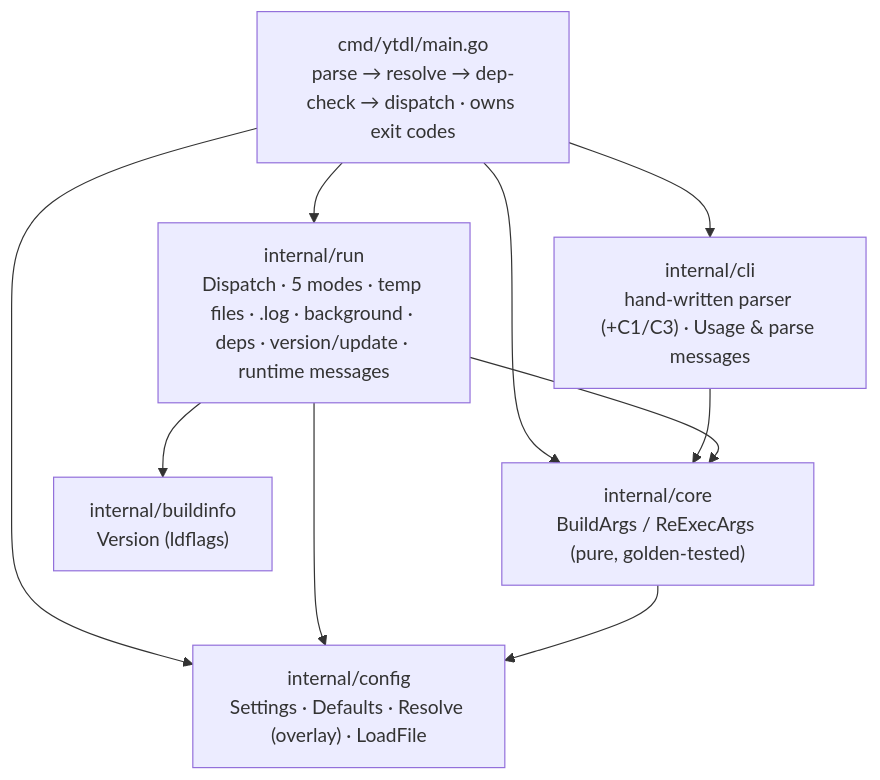
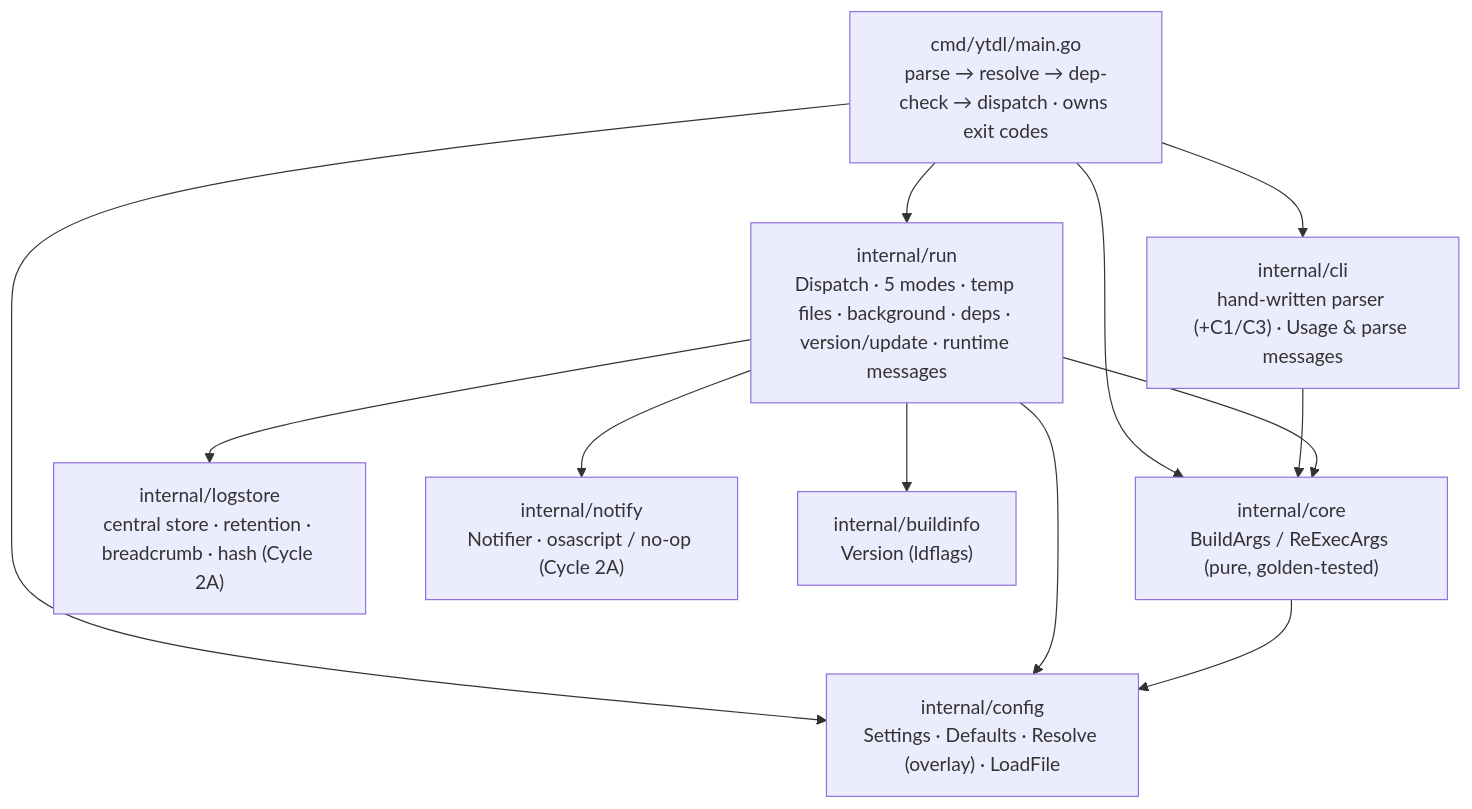
The diagram in docs/go-engine.md (alergyonthestage/ytdl), drawn with Mermaid before and after one commit. The commit also changed other lines of this file and 4 other files, not shown here.

````diff
--- a/docs/go-engine.md
+++ b/docs/go-engine.md
@@ -23,18 +23,22 @@
 ```mermaid
 flowchart TD
     MAIN["cmd/ytdl/main.go<br/>parse → resolve → dep-check → dispatch · owns exit codes"]
     CLI["internal/cli<br/>hand-written parser (+C1/C3) · Usage & parse messages"]
-    RUN["internal/run<br/>Dispatch · 5 modes · temp files · .log · background · deps · version/update · runtime messages"]
+    RUN["internal/run<br/>Dispatch · 5 modes · temp files · background · deps · version/update · runtime messages"]
     CORE["internal/core<br/>BuildArgs / ReExecArgs (pure, golden-tested)"]
     CONFIG["internal/config<br/>Settings · Defaults · Resolve (overlay) · LoadFile"]
+    LOGSTORE["internal/logstore<br/>central store · retention · breadcrumb · hash (Cycle 2A)"]
+    NOTIFY["internal/notify<br/>Notifier · osascript / no-op (Cycle 2A)"]
     BUILD["internal/buildinfo<br/>Version (ldflags)"]
     MAIN --> CLI
     MAIN --> RUN
     MAIN --> CONFIG
     MAIN --> CORE
     CLI --> CORE
     RUN --> CORE
     RUN --> CONFIG
+    RUN --> LOGSTORE
+    RUN --> NOTIFY
     RUN --> BUILD
     CORE --> CONFIG
 ```
````
